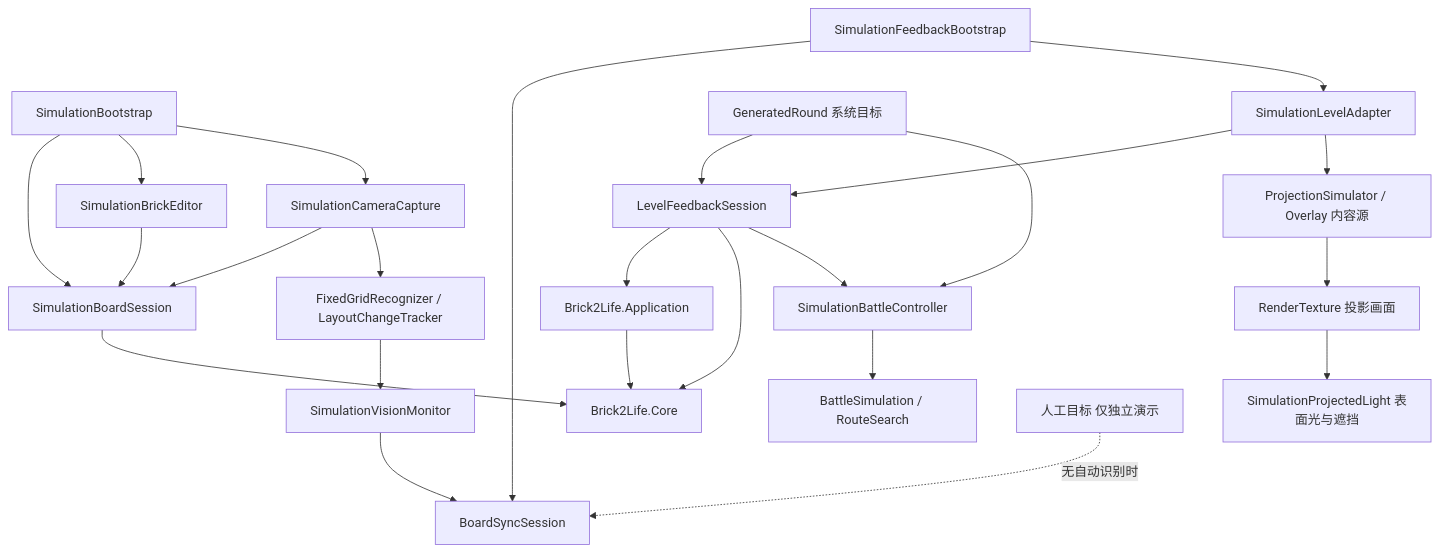
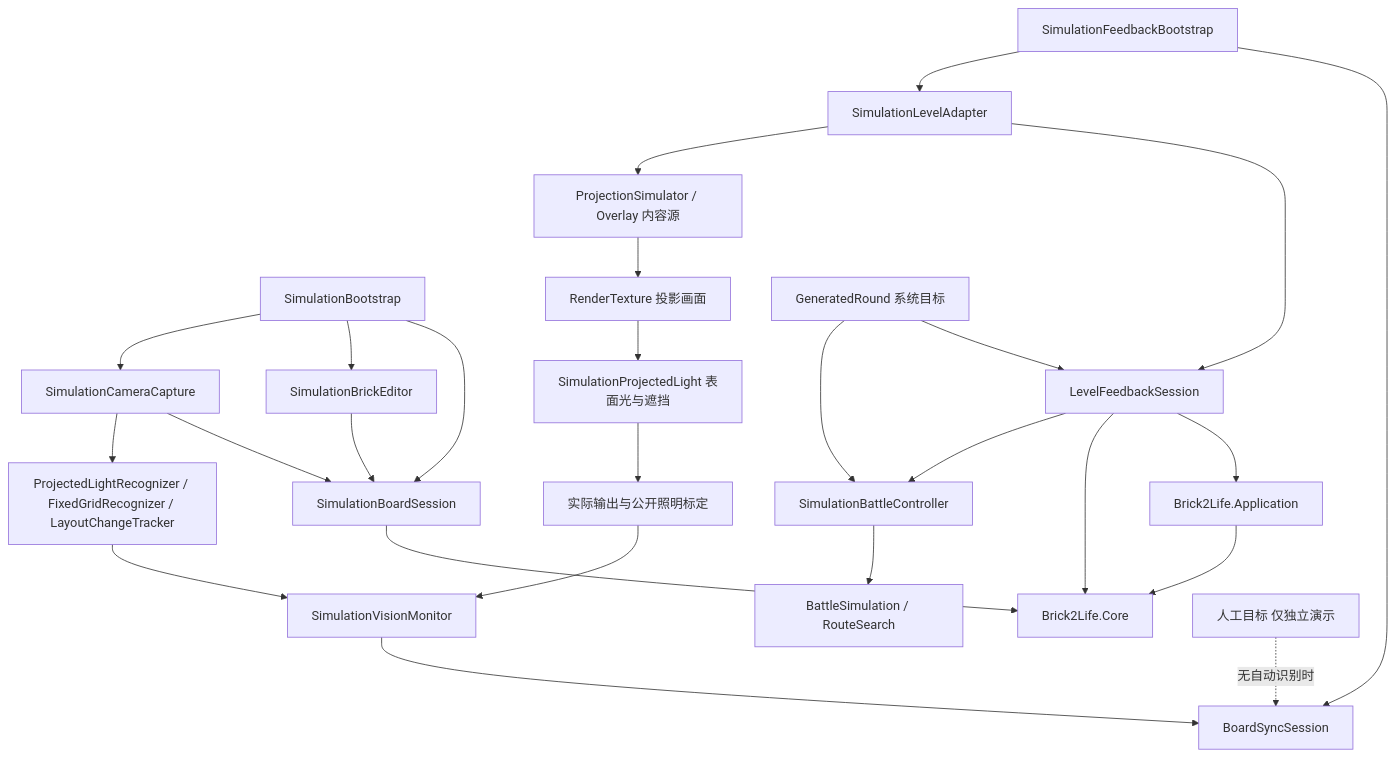
Before and after one commit to hanyang-sun/-: the diagram in docs/architecture.md, drawn with Mermaid. The commit also changed other lines of this file and 77 other files, not shown here.

````diff
--- a/docs/architecture.md
+++ b/docs/architecture.md
@@ -7,26 +7,28 @@
 ```mermaid
 flowchart TD
     Entry[SimulationBootstrap] --> Session[SimulationBoardSession]
     Entry --> UI[SimulationBrickEditor]
     Entry --> Capture[SimulationCameraCapture]
     UI --> Session
     Capture --> Session
     Session --> Core[Brick2Life.Core]
     App[Brick2Life.Application] --> Core
-    Vision[FixedGridRecognizer / LayoutChangeTracker] --> Monitor[SimulationVisionMonitor]
+    Vision[ProjectedLightRecognizer / FixedGridRecognizer / LayoutChangeTracker] --> Monitor[SimulationVisionMonitor]
     Capture --> Vision
     Monitor --> Sync
     Fb[SimulationFeedbackBootstrap] --> Sync[BoardSyncSession]
     Fb --> Adapter[SimulationLevelAdapter]
     Adapter --> Level[LevelFeedbackSession]
     Adapter --> Proj[ProjectionSimulator / Overlay 内容源]
     Proj --> Output[RenderTexture 投影画面]
     Output --> Light[SimulationProjectedLight 表面光与遮挡]
+    Light --> KnownLight[实际输出与公开照明标定]
+    KnownLight --> Monitor
     Level --> App
     Level --> Core
     Goals[GeneratedRound 系统目标] --> Level
     Goals --> Controller[SimulationBattleController]
     Level --> Controller
     Controller --> Battle[BattleSimulation / RouteSearch]
     Demo[人工目标 仅独立演示] -. 无自动识别时 .-> Sync
 ```
````
